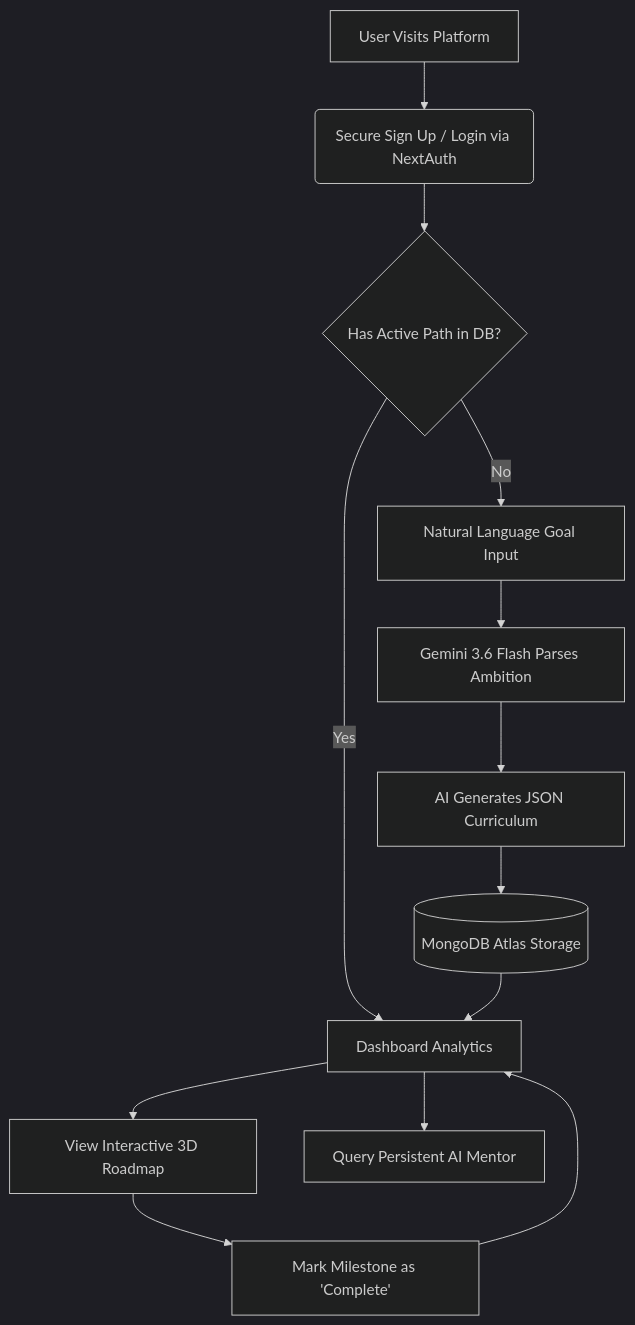
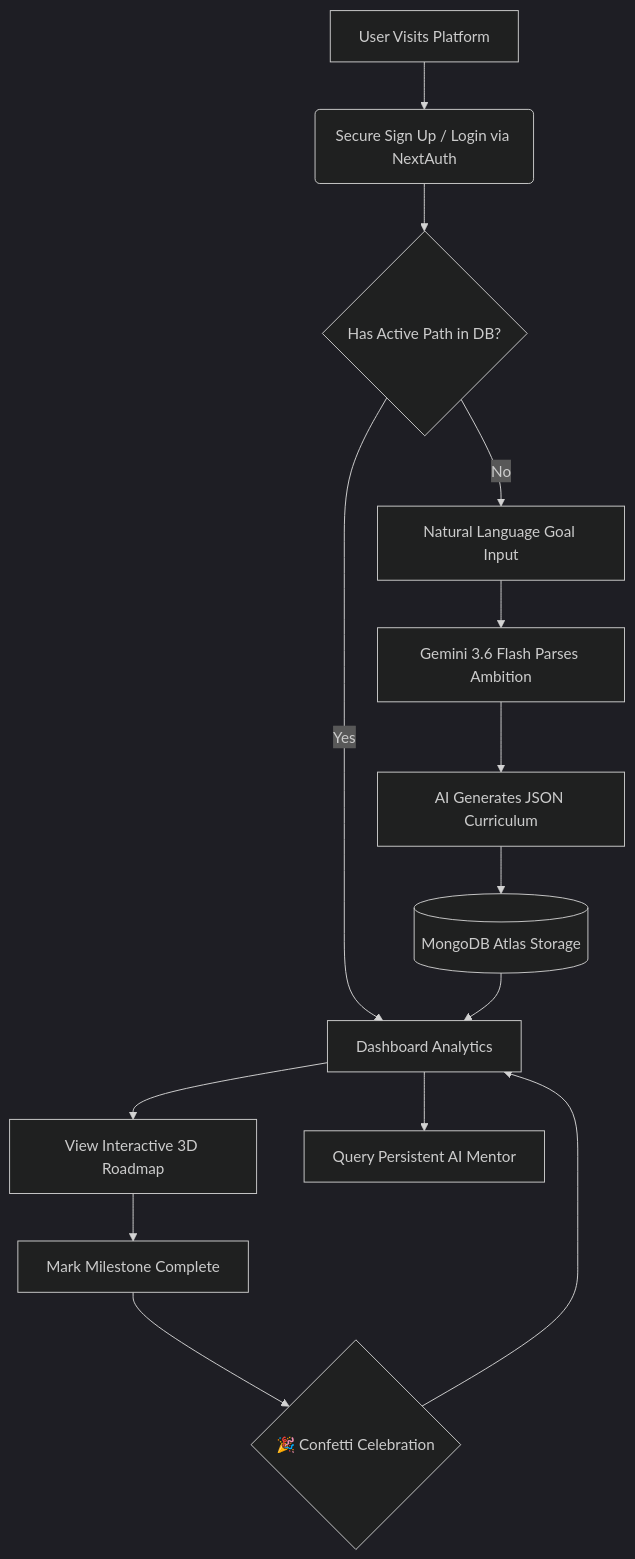
Before and after one commit to krrish-cypto/learnsync-ai: the first of 6 diagrams in README.md, drawn with Mermaid (dark theme). The commit also changed other lines of this file, not shown here.

Commit message:
Ultimate README: auth flow, ER diagram, challenges, micro-interactions, deployment guide

````diff
--- a/README.md
+++ b/README.md
@@ -92,15 +139,16 @@
 ```mermaid
 graph TD;
     A[User Visits Platform] --> B(Secure Sign Up / Login via NextAuth)
     B --> C{Has Active Path in DB?}
     C -- No --> D[Natural Language Goal Input]
     D --> E[Gemini 3.6 Flash Parses Ambition]
     E --> F[AI Generates JSON Curriculum]
     F --> G[(MongoDB Atlas Storage)]
     C -- Yes --> H[Dashboard Analytics]
     G --> H
     H --> I[View Interactive 3D Roadmap]
     H --> J[Query Persistent AI Mentor]
-    I --> K[Mark Milestone as 'Complete']
-    K --> H
+    I --> K[Mark Milestone Complete]
+    K --> L{🎉 Confetti Celebration}
+    L --> H
 ```
````
